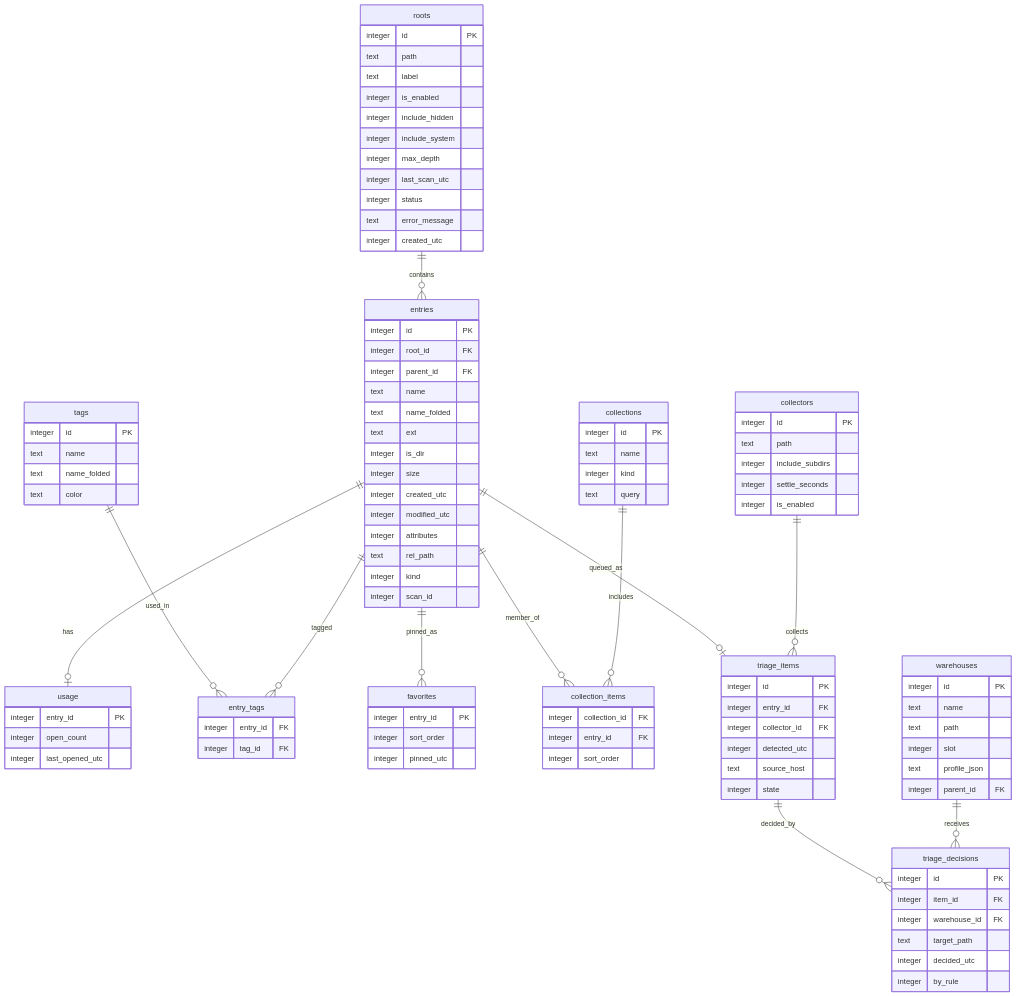
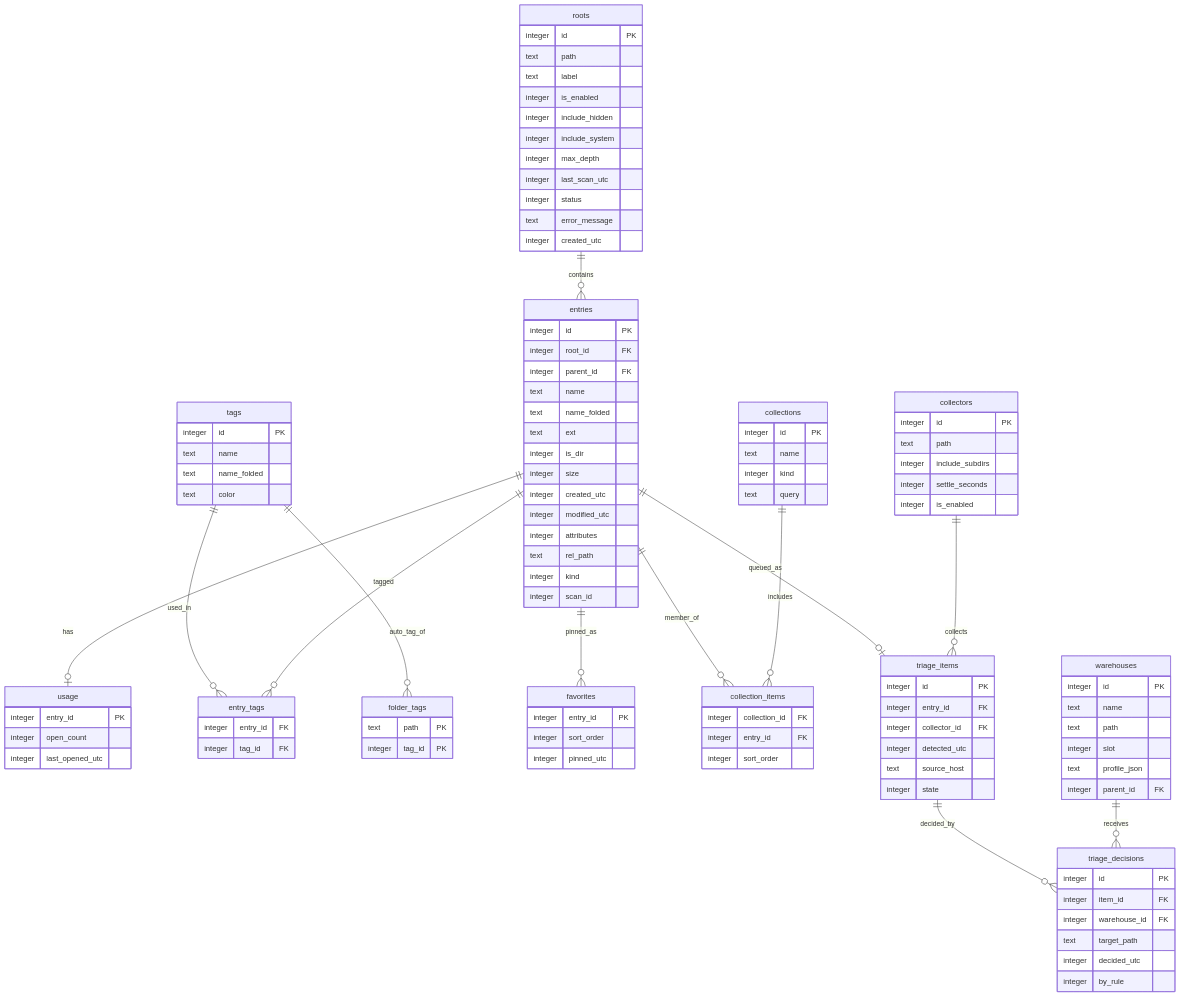
One commit to IichiKohuro/DiskApp changed the fifth of 7 diagrams in docs/ARCHITECTURE.md. Above: the diagram before and after it, drawn with Mermaid. The commit also changed other lines of this file and 5 other files, not shown here.

First line of the commit message:
docs(plan): record stage 19 auto-tags and queue 19.5 tag: speedup

```diff
--- a/docs/ARCHITECTURE.md
+++ b/docs/ARCHITECTURE.md
@@ -201,6 +201,7 @@
     entries ||--o| usage : has
     entries ||--o{ entry_tags : tagged
     tags ||--o{ entry_tags : used_in
+    tags ||--o{ folder_tags : auto_tag_of
     entries ||--o{ favorites : pinned_as
     collections ||--o{ collection_items : includes
     entries ||--o{ collection_items : member_of
@@ -258,6 +259,10 @@
         integer entry_id FK
         integer tag_id FK
     }
+    folder_tags {
+        text path PK
+        integer tag_id PK
+    }
     collections {
         integer id PK
         text name
```
